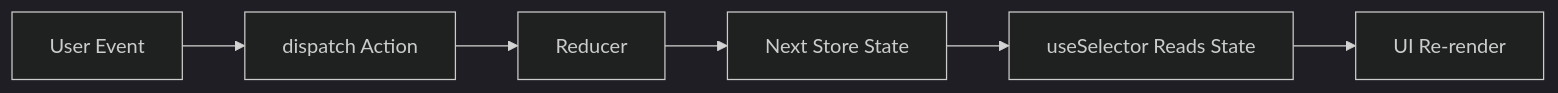
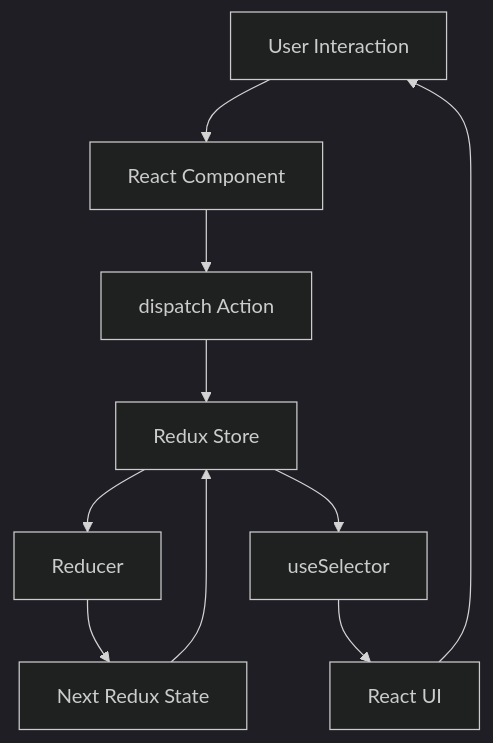
Before and after one commit to kaushalkumar8459/CodingTerminal-Tutorial-Notes: the diagram in tutorial-platform/public/tutorials/react/day-050-redux-concepts.md, drawn with Mermaid (dark theme). The commit also changed other lines of this file, not shown here.

Commit message:
fix: enhance Day 50 Redux concepts while preserving tutorial structure

````diff
--- a/tutorial-platform/public/tutorials/react/day-050-redux-concepts.md
+++ b/tutorial-platform/public/tutorials/react/day-050-redux-concepts.md
@@ -254,8 +398,12 @@
 ```mermaid
-flowchart LR
-  A[User Event] --> B[dispatch Action]
-  B --> C[Reducer]
-  C --> D[Next Store State]
-  D --> E[useSelector Reads State]
-  E --> F[UI Re-render]
+flowchart TD
+  A[User Interaction] --> B[React Component]
+  B --> C[dispatch Action]
+  C --> D[Redux Store]
+  D --> E[Reducer]
+  E --> F[Next Redux State]
+  F --> D
+  D --> G[useSelector]
+  G --> H[React UI]
+  H --> A
 ```
````
